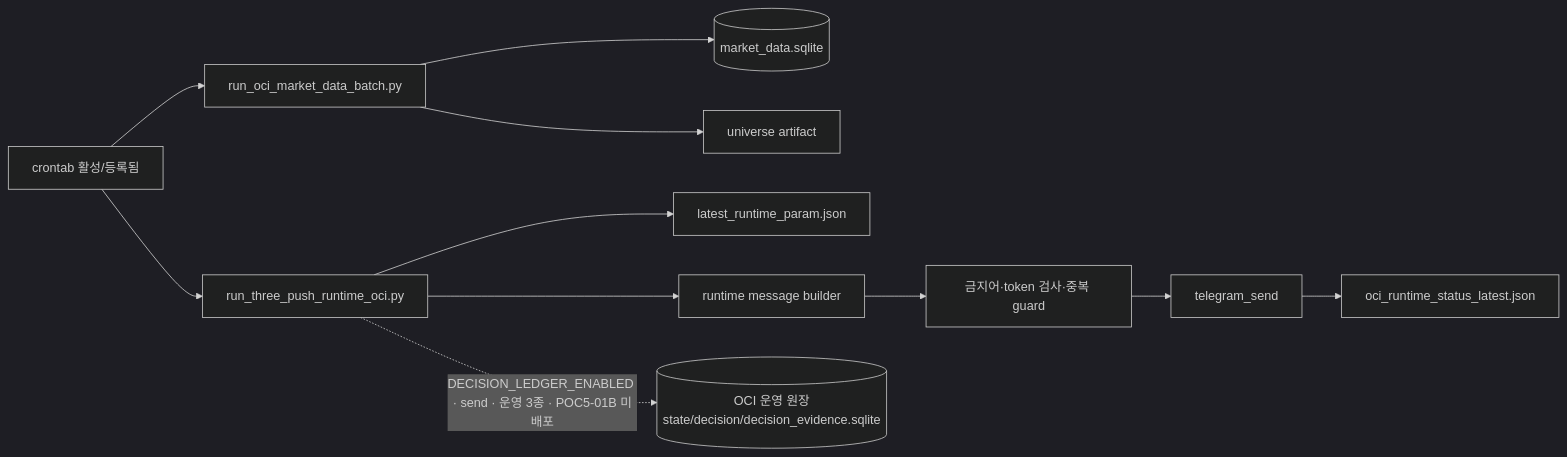
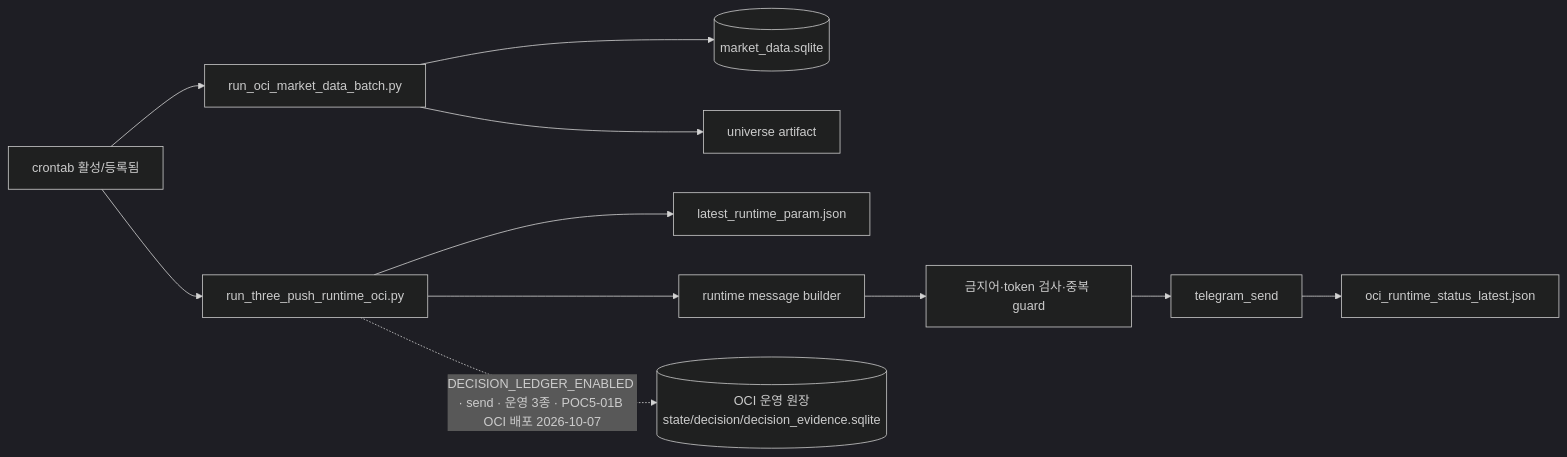
The third of 3 diagrams in docs/PROGRAM_TRUTH.md (KevinKim-KOR/krx_hyungsoo), drawn with Mermaid (dark theme) before and after one commit. The commit also changed other lines of this file and 14 other files, not shown here.

````diff
--- a/docs/PROGRAM_TRUTH.md
+++ b/docs/PROGRAM_TRUTH.md
@@ -318,13 +320,13 @@
 ```mermaid
 flowchart LR
   CR[crontab 활성/등록됨] --> B1[run_oci_market_data_batch.py]
   B1 --> DB[(market_data.sqlite)]
   B1 --> ART[universe artifact]
   CR --> R1[run_three_push_runtime_oci.py]
   R1 --> P[latest_runtime_param.json]
   R1 --> M[runtime message builder]
   M --> G[금지어·token 검사·중복 guard]
   G --> TG[telegram_send]
   TG --> LOG[oci_runtime_status_latest.json]
-  R1 -.->|DECISION_LEDGER_ENABLED · send · 운영 3종 · POC5-01B 미배포| LED[(OCI 운영 원장\nstate/decision/decision_evidence.sqlite)]
+  R1 -.->|DECISION_LEDGER_ENABLED · send · 운영 3종 · POC5-01B OCI 배포 2026-10-07| LED[(OCI 운영 원장\nstate/decision/decision_evidence.sqlite)]
 ```
````
